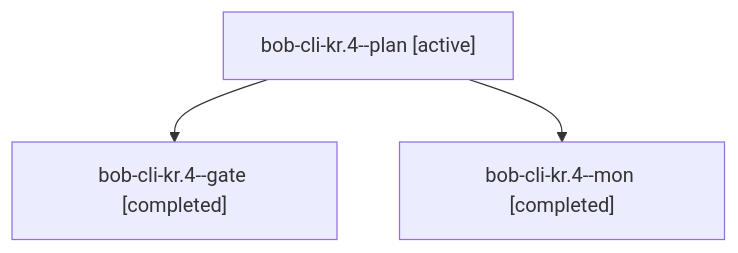
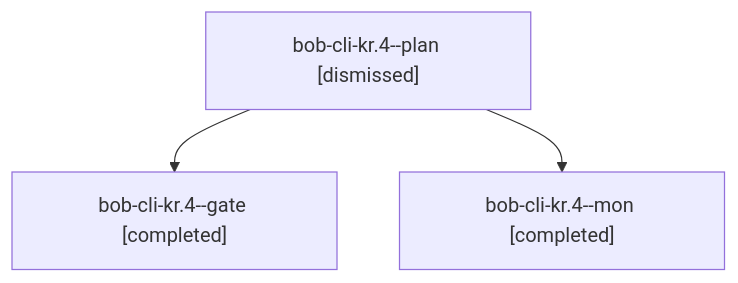
The diagram in sessions/bbugyi200.apollo.bob-cli-kr.4.md (bobs-org/bob-cli--agents), drawn with Mermaid before and after one commit. The commit also changed other lines of this file and 84 other files, not shown here.

````diff
--- a/sessions/bbugyi200.apollo.bob-cli-kr.4.md
+++ b/sessions/bbugyi200.apollo.bob-cli-kr.4.md
@@ -9,8 +9,8 @@
 ```mermaid
 flowchart TD
-  n0["bob-cli-kr.4--plan [active]"]
+  n0["bob-cli-kr.4--plan [dismissed]"]
   n1["bob-cli-kr.4--gate [completed]"]
   n0 --> n1
   n2["bob-cli-kr.4--mon [completed]"]
   n0 --> n2
 ```
````
